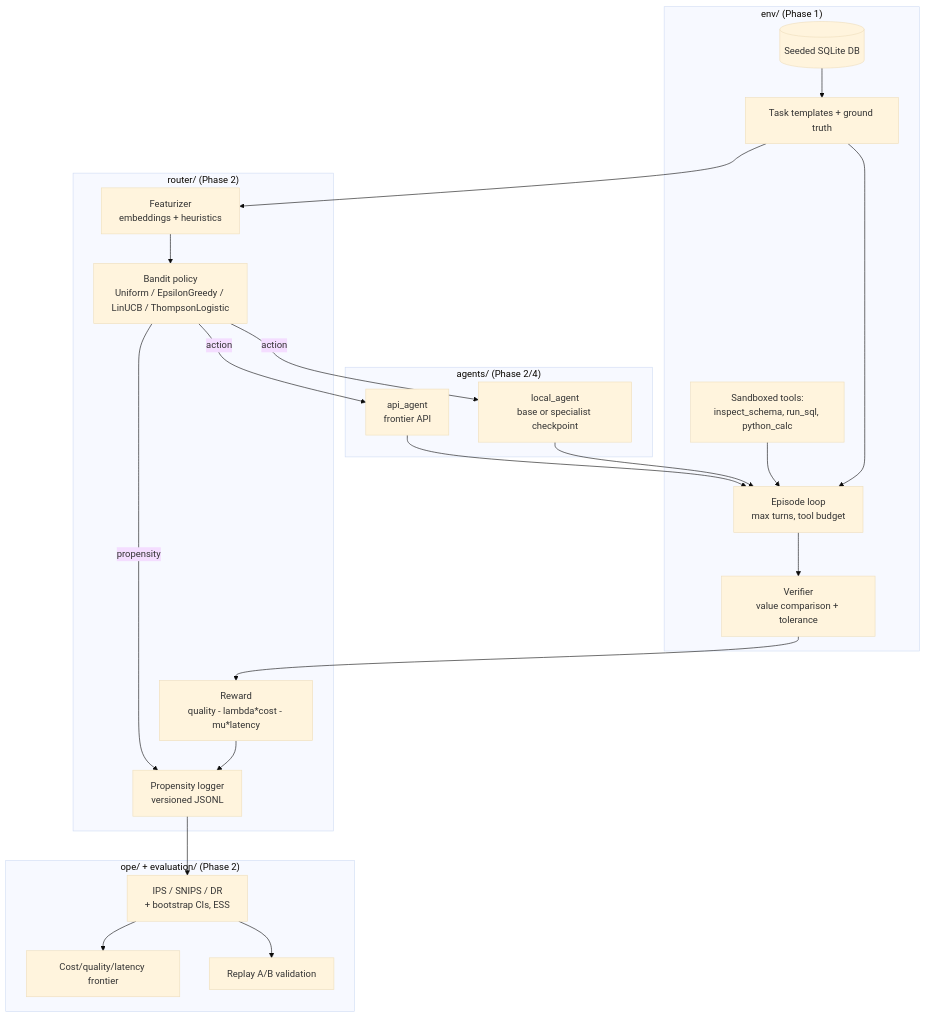
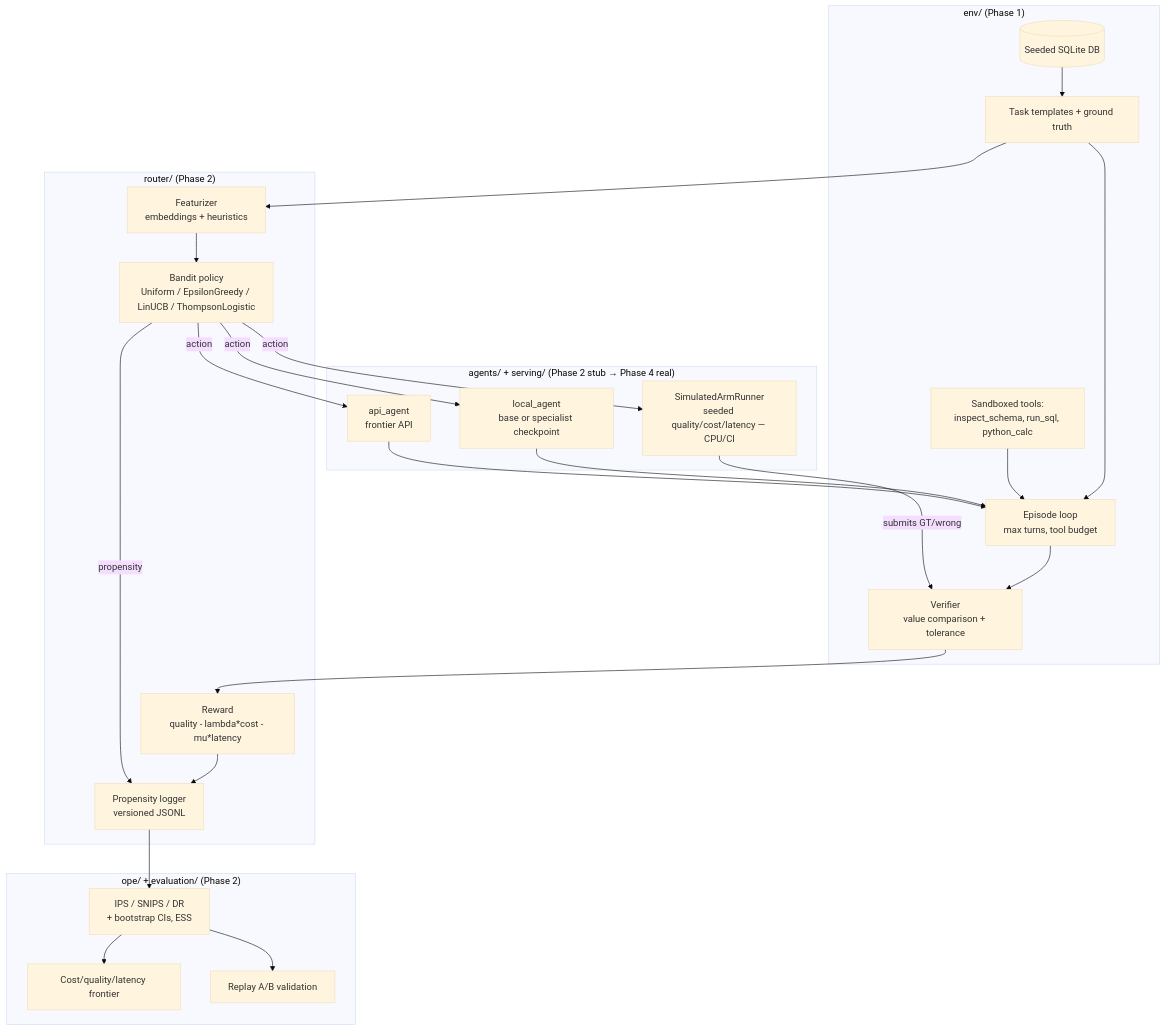
Before and after one commit to aashkashah09/rec-grpo: the diagram in docs/architecture.md, drawn with Mermaid (base theme). The commit also changed other lines of this file and 7 other files, not shown here.

First line of the commit message:
docs: ADRs 005-009 and Phase-2 README/architecture

````diff
--- a/docs/architecture.md
+++ b/docs/architecture.md
@@ -9,45 +10,48 @@
 ```mermaid
 flowchart TD
     subgraph ENV["env/ (Phase 1)"]
         DB[(Seeded SQLite DB)]
         TASKS[Task templates + ground truth]
         TOOLS[Sandboxed tools:<br/>inspect_schema, run_sql, python_calc]
         EPISODE[Episode loop<br/>max turns, tool budget]
         VERIFIER[Verifier<br/>value comparison + tolerance]
         DB --> TASKS
         TASKS --> EPISODE
         TOOLS --> EPISODE
         EPISODE --> VERIFIER
     end
 
-    subgraph AGENTS["agents/ (Phase 2/4)"]
+    subgraph AGENTS["agents/ + serving/ (Phase 2 stub → Phase 4 real)"]
+        STUB[SimulatedArmRunner<br/>seeded quality/cost/latency — CPU/CI]
         LOCAL[local_agent<br/>base or specialist checkpoint]
         API[api_agent<br/>frontier API]
     end
 
     subgraph ROUTER["router/ (Phase 2)"]
         FEATURES[Featurizer<br/>embeddings + heuristics]
         POLICY[Bandit policy<br/>Uniform / EpsilonGreedy / LinUCB / ThompsonLogistic]
         REWARD[Reward<br/>quality - lambda*cost - mu*latency]
         LOGGER[Propensity logger<br/>versioned JSONL]
     end
 
     subgraph OFFLINE["ope/ + evaluation/ (Phase 2)"]
         OPE[IPS / SNIPS / DR<br/>+ bootstrap CIs, ESS]
         REPLAY[Replay A/B validation]
         FRONTIER[Cost/quality/latency frontier]
     end
 
     TASKS --> FEATURES
     FEATURES --> POLICY
+    POLICY -->|action| STUB
     POLICY -->|action| LOCAL
     POLICY -->|action| API
+    STUB -->|submits GT/wrong| VERIFIER
     LOCAL --> EPISODE
     API --> EPISODE
     VERIFIER --> REWARD
     POLICY -->|propensity| LOGGER
     REWARD --> LOGGER
     LOGGER --> OPE
     OPE --> REPLAY
     OPE --> FRONTIER
 ```
````
